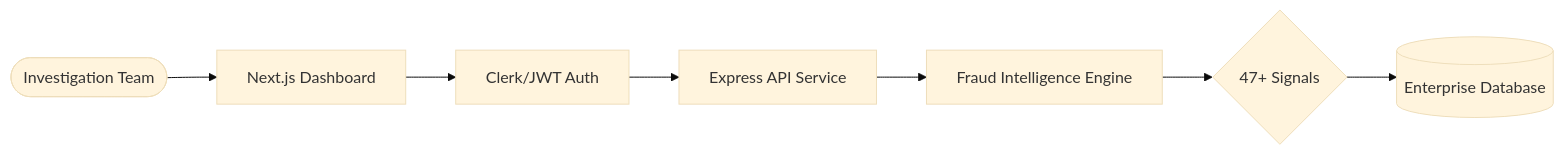
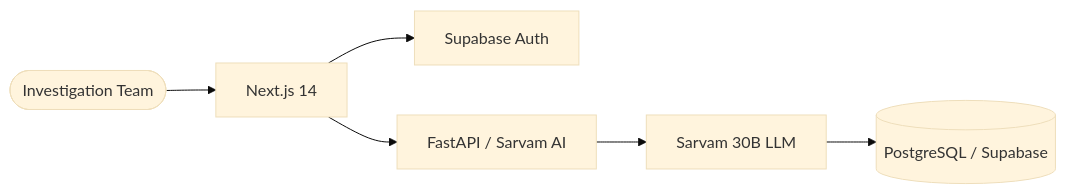
One commit to pranavgawaii/Detectra-fraud-detection changed the diagram in README.md. Above: the diagram before and after it, drawn with Mermaid (base theme). The commit also changed other lines of this file and 38 other files, not shown here.

````diff
--- a/README.md
+++ b/README.md
@@ -27,9 +17,8 @@
 ```mermaid
 graph LR
-    User([Investigation Team]) --> Frontend[Next.js Dashboard]
-    Frontend --> Auth[Clerk/JWT Auth]
-    Auth --> Backend[Express API Service]
-    Backend --> AI[Fraud Intelligence Engine]
-    AI --> Signals{47+ Signals}
-    Signals --> DB[(Enterprise Database)]
+    User([Investigation Team]) --> Frontend[Next.js 14]
+    Frontend --> Auth[Supabase Auth]
+    Frontend --> Backend[FastAPI / Sarvam AI]
+    Backend --> AI[Sarvam 30B LLM]
+    AI --> DB[(PostgreSQL / Supabase)]
 ```
````
